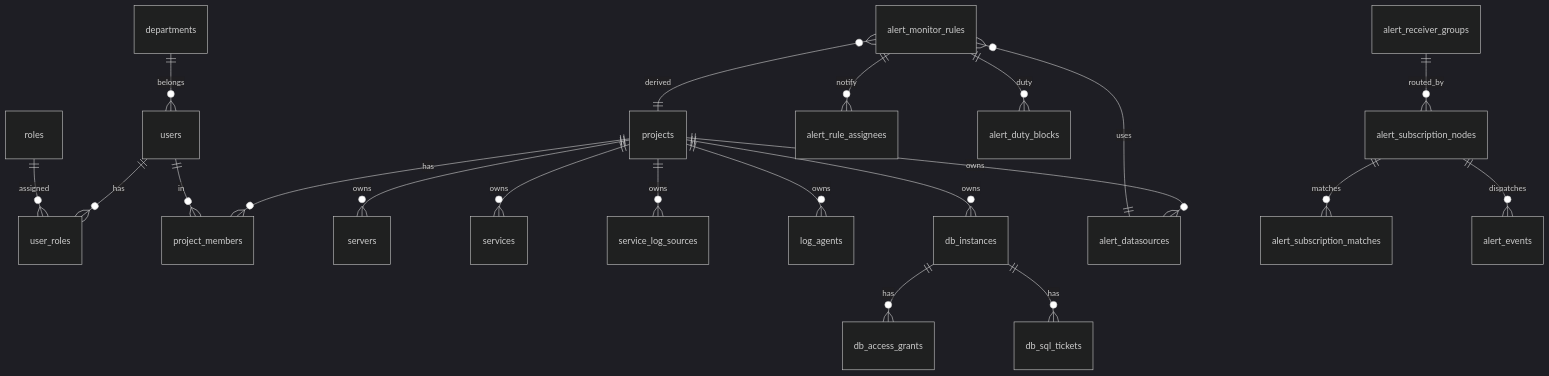
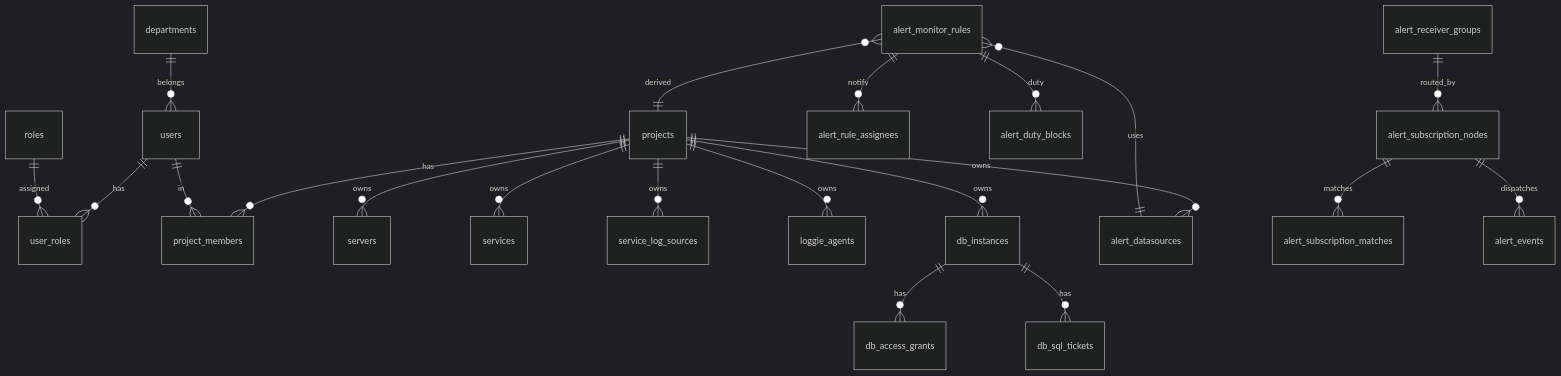
The diagram in docs/handbook/database/schema-and-relationships.md (AshesToVow/yunshu), drawn with Mermaid (dark theme) before and after one commit. The commit also changed other lines of this file and 32 other files, not shown here.

````diff
--- a/docs/handbook/database/schema-and-relationships.md
+++ b/docs/handbook/database/schema-and-relationships.md
@@ -7,23 +7,23 @@
 ```mermaid
 erDiagram
   users ||--o{ user_roles : has
   roles ||--o{ user_roles : assigned
   departments ||--o{ users : belongs
   projects ||--o{ project_members : has
   users ||--o{ project_members : in
   projects ||--o{ servers : owns
   projects ||--o{ services : owns
   projects ||--o{ service_log_sources : owns
-  projects ||--o{ log_agents : owns
+  projects ||--o{ loggie_agents : owns
   projects ||--o{ db_instances : owns
   db_instances ||--o{ db_access_grants : has
   db_instances ||--o{ db_sql_tickets : has
   projects ||--o{ alert_datasources : owns
   alert_monitor_rules }o--|| alert_datasources : uses
   alert_monitor_rules }o--|| projects : derived
   alert_monitor_rules ||--o{ alert_rule_assignees : notify
   alert_monitor_rules ||--o{ alert_duty_blocks : duty
   alert_subscription_nodes ||--o{ alert_subscription_matches : matches
   alert_receiver_groups ||--o{ alert_subscription_nodes : routed_by
   alert_subscription_nodes ||--o{ alert_events : dispatches
 ```
````
